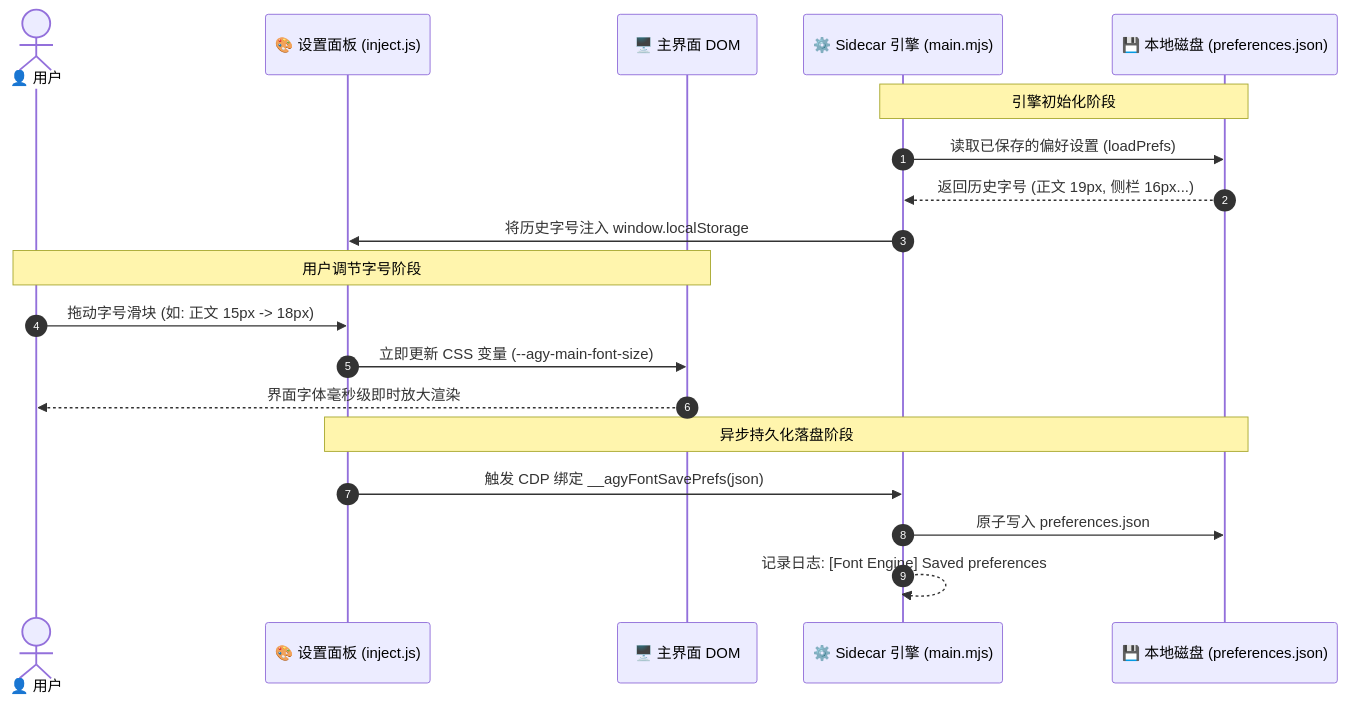
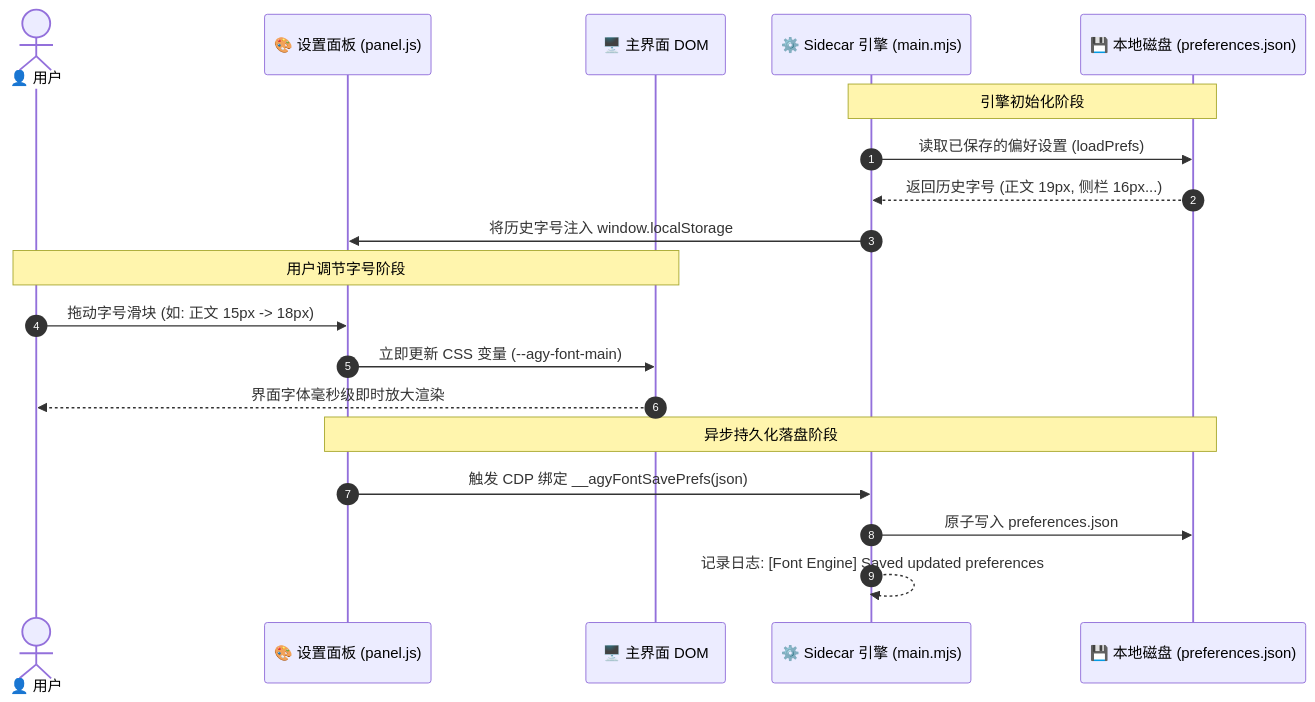
One commit to moumouye/Antigravity-font-settings changed the fourth of 5 diagrams in ARCHITECTURE.md. Above: the diagram before and after it, drawn with Mermaid. The commit also changed other lines of this file and 22 other files, not shown here.

````diff
--- a/ARCHITECTURE.md
+++ b/ARCHITECTURE.md
@@ -65,24 +129,24 @@
 ```mermaid
 sequenceDiagram
     autonumber
     actor User as 👤 用户
-    participant UI as 🎨 设置面板 (inject.js)
+    participant UI as 🎨 设置面板 (panel.js)
     participant DOM as 🖥️ 主界面 DOM
     participant Node as ⚙️ Sidecar 引擎 (main.mjs)
     participant Disk as 💾 本地磁盘 (preferences.json)
 
     Note over Node, Disk: 引擎初始化阶段
     Node->>Disk: 读取已保存的偏好设置 (loadPrefs)
     Disk-->>Node: 返回历史字号 (正文 19px, 侧栏 16px...)
     Node->>UI: 将历史字号注入 window.localStorage
 
     Note over User, DOM: 用户调节字号阶段
     User->>UI: 拖动字号滑块 (如: 正文 15px -> 18px)
-    UI->>DOM: 立即更新 CSS 变量 (--agy-main-font-size)
+    UI->>DOM: 立即更新 CSS 变量 (--agy-font-main)
     DOM-->>User: 界面字体毫秒级即时放大渲染
 
     Note over UI, Disk: 异步持久化落盘阶段
     UI->>Node: 触发 CDP 绑定 __agyFontSavePrefs(json)
     Node->>Disk: 原子写入 preferences.json
-    Node-->>Node: 记录日志: [Font Engine] Saved preferences
+    Node-->>Node: 记录日志: [Font Engine] Saved updated preferences
 ```
````
